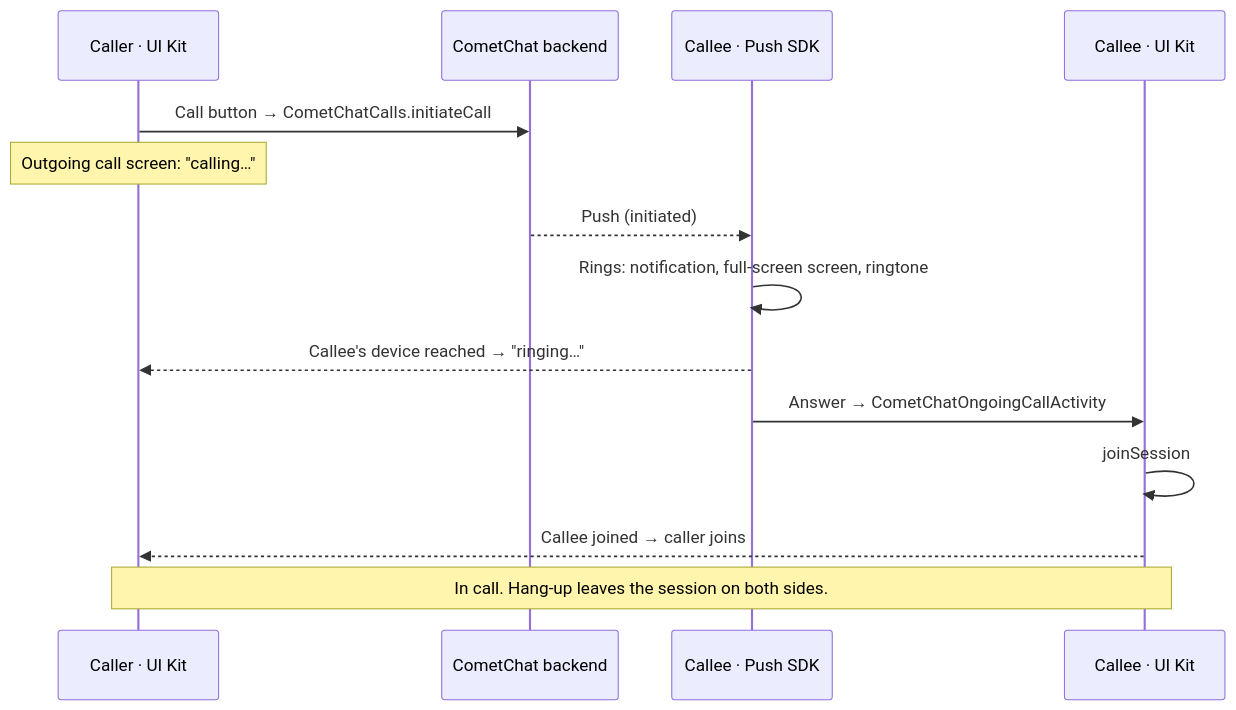
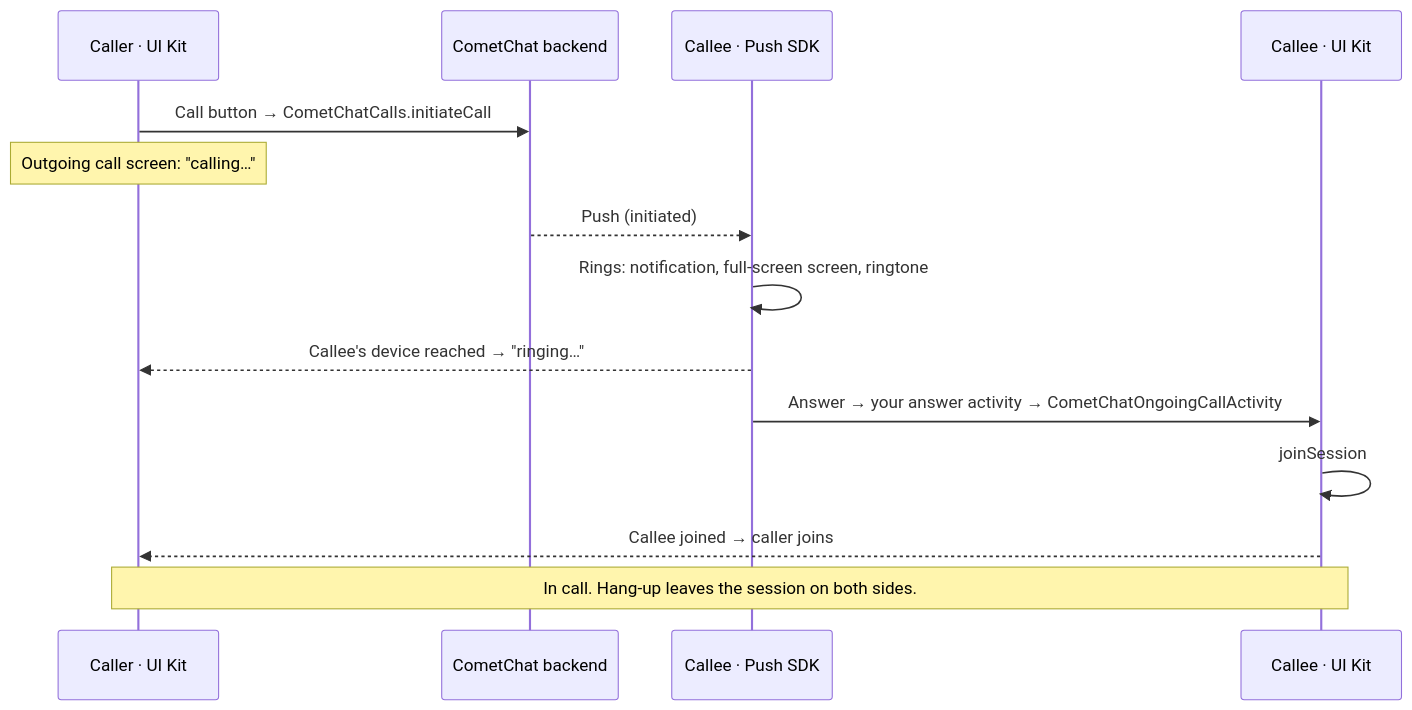
The diagram in ui-kit/android/call-features.mdx (cometchat/docs), drawn with Mermaid before and after one commit. The commit also changed other lines of this file and 11 other files, not shown here.

First line of the commit message:
docs(android): UI Kit answer activity matches master-app; trim Push SDK internals

````diff
--- a/ui-kit/android/call-features.mdx
+++ b/ui-kit/android/call-features.mdx
@@ -25,17 +25,17 @@
 ```mermaid
 sequenceDiagram
     participant A as Caller · UI Kit
     participant BE as CometChat backend
     participant P as Callee · Push SDK
     participant U as Callee · UI Kit
 
     A->>BE: Call button → CometChatCalls.initiateCall
     Note over A: Outgoing call screen: "calling…"
     BE-->>P: Push (initiated)
     P->>P: Rings: notification, full-screen screen, ringtone
     P-->>A: Callee's device reached → "ringing…"
-    P->>U: Answer → CometChatOngoingCallActivity
+    P->>U: Answer → your answer activity → CometChatOngoingCallActivity
     U->>U: joinSession
     U-->>A: Callee joined → caller joins
     Note over A,U: In call. Hang-up leaves the session on both sides.
 ```
````
